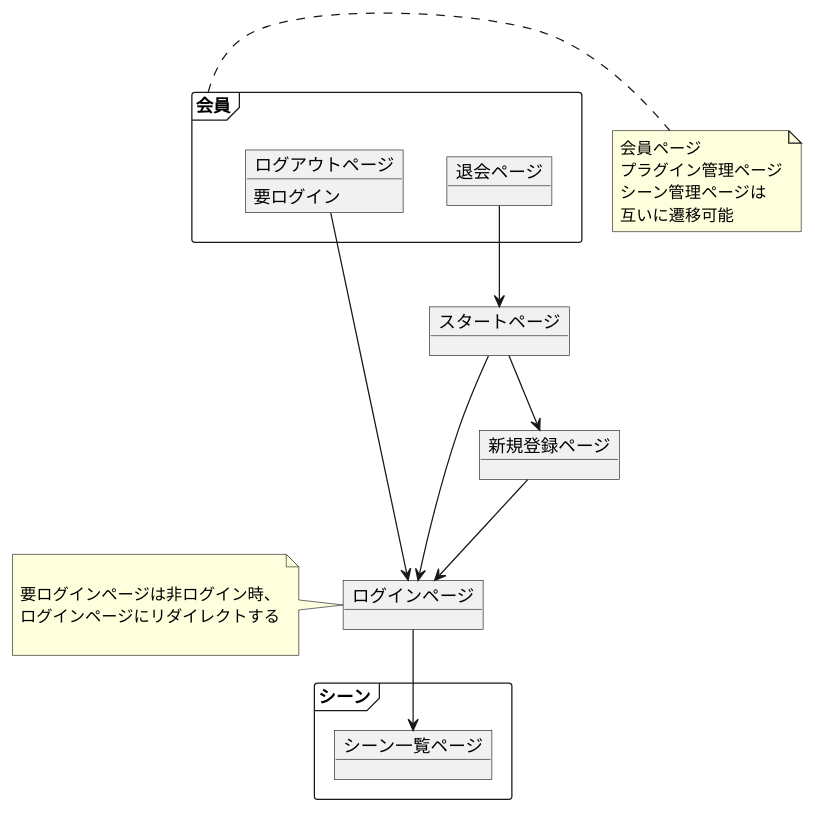
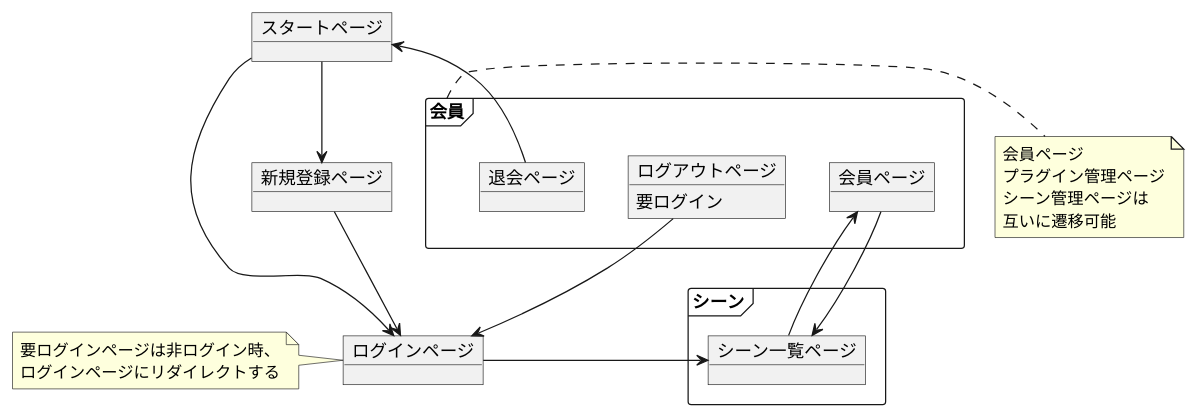
Before and after one commit to s10akir/cocktail: the diagram in uml/src/sceen-transition-diagram/main.puml, drawn with PlantUML. The commit also changed 4 other files, not shown here.

Commit message:
[add] #240 @2.5h シーン画面遷移図追加と周辺整理

```diff
--- a/uml/src/sceen-transition-diagram/main.puml
+++ b/uml/src/sceen-transition-diagram/main.puml
@@ -1,42 +1,46 @@
 @startuml main
 Object スタートページ    
 Object ログインページ
 Object 新規登録ページ
 
-
 package "会員" <<frame>> {
+    Object 会員ページ
     Object ログアウトページ
     Object 退会ページ
 }
 
 package "シーン" <<frame>> {
     Object シーン一覧ページ
 }
 
+ログアウトページ : 要ログイン
+
+'遷移
+' - メイン遷移
+スタートページ --> ログインページ
+スタートページ --> 新規登録ページ
+新規登録ページ  -->  ログインページ
+ログアウトページ --> ログインページ
+退会ページ --> スタートページ
+
+'ログイン後遷移
+ログインページ --> シーン一覧ページ
+
+'他機能遷移
+シーン一覧ページ --> 会員ページ
+会員ページ --> シーン一覧ページ
+
+'ノート
+note left of ログインページ    
+	要ログインページは非ログイン時、
+	ログインページにリダイレクトする
+end note
 
 note right of 会員
     会員ページ
     プラグイン管理ページ
     シーン管理ページは
     互いに遷移可能
 end note
 
-
-ログアウトページ : 要ログイン
-
-ログインページ --> シーン一覧ページ
-
-スタートページ --> ログインページ
-スタートページ --> 新規登録ページ
-新規登録ページ  -->  ログインページ
-ログアウトページ --> ログインページ
-退会ページ --> スタートページ
-
-
-note left of ログインページ
-    
-	要ログインページは非ログイン時、
-	ログインページにリダイレクトする
-
-end note
 @enduml
```
